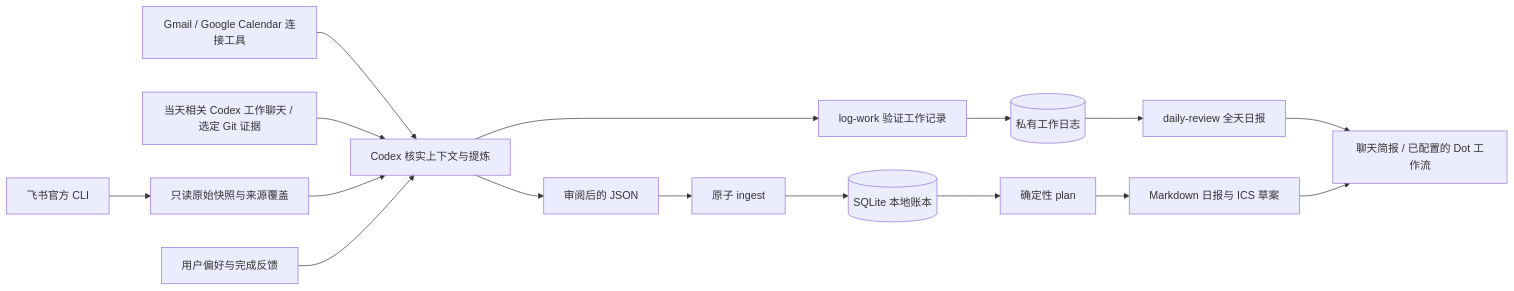
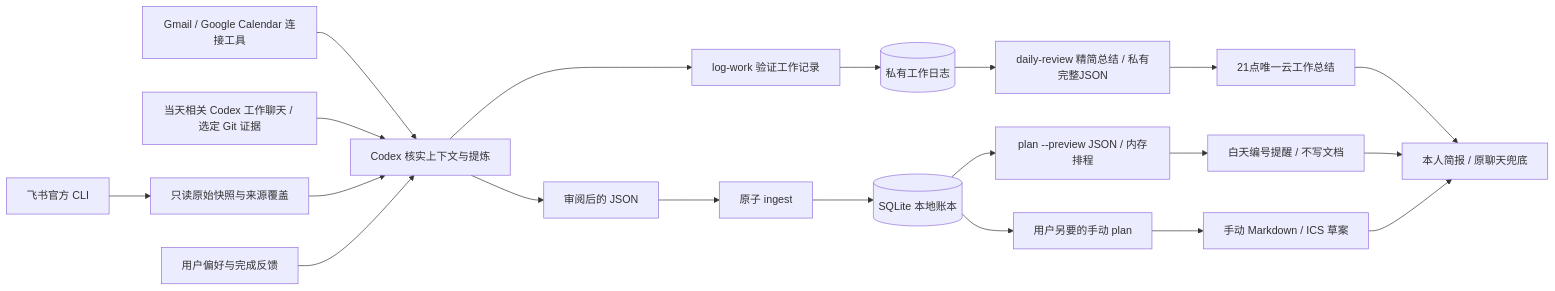
Before and after one commit to SUSTechWLA/codex-personal-assistant: the diagram in docs/architecture.md, drawn with Mermaid. The commit also changed other lines of this file and 15 other files, not shown here.

````diff
--- a/docs/architecture.md
+++ b/docs/architecture.md
@@ -5,18 +5,22 @@
 ```mermaid
 flowchart LR
     F[飞书官方 CLI] --> R[只读原始快照与来源覆盖]
     G[Gmail / Google Calendar 连接工具] --> C[Codex 核实上下文与提炼]
     A[当天相关 Codex 工作聊天 / 选定 Git 证据] --> C
     R --> C
     U[用户偏好与完成反馈] --> C
     C --> J[审阅后的 JSON]
     J --> I[原子 ingest]
     I --> D[(SQLite 本地账本)]
-    D --> P[确定性 plan]
-    P --> O[Markdown 日报与 ICS 草案]
+    D --> P[plan --preview JSON / 内存排程]
+    P --> N[白天编号提醒 / 不写文档]
+    D --> M[用户另要的手动 plan]
+    M --> O[手动 Markdown / ICS 草案]
     C --> W[log-work 验证工作记录]
     W --> JDB[(私有工作日志)]
-    JDB --> E[daily-review 全天日报]
-    E --> H[聊天简报 / 已配置的 Dot 工作流]
-    O --> H[聊天简报 / 已配置的 Dot 工作流]
+    JDB --> E[daily-review 精简总结 / 私有完整JSON]
+    E --> K[21点唯一云工作总结]
+    K --> H[本人简报 / 原聊天兜底]
+    N --> H
+    O --> H
 ```
````
